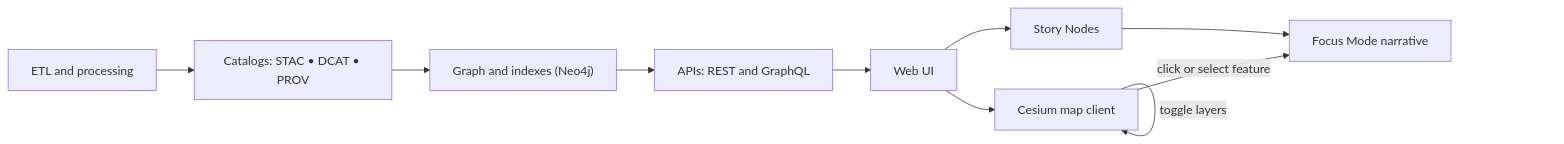
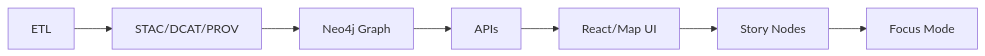
The first of 2 diagrams in web/cesium/docs/README.md (bartytime4life/Kansas-Frontier-Matrix), drawn with Mermaid before and after one commit. The commit also changed other lines of this file, not shown here.

First line of the commit message:
Revise README for KFM Cesium UI documentation

```diff
--- a/web/cesium/docs/README.md
+++ b/web/cesium/docs/README.md
@@ -147,13 +109,9 @@
 ~~~mermaid
 flowchart LR
-  A["ETL and processing"] --> B["Catalogs: STAC • DCAT • PROV"]
-  B --> C["Graph and indexes (Neo4j)"]
-  C --> D["APIs: REST and GraphQL"]
-  D --> E["Web UI"]
-  E --> F["Cesium map client"]
-  E --> G["Story Nodes"]
-  G --> H["Focus Mode narrative"]
-
-  F -->|click or select feature| H
-  F -->|toggle layers| F
+  A[ETL] --> B[STAC/DCAT/PROV]
+  B --> C[Neo4j Graph]
+  C --> D[APIs]
+  D --> E[React/Map UI]
+  E --> F[Story Nodes]
+  F --> G[Focus Mode]
 ~~~
```
